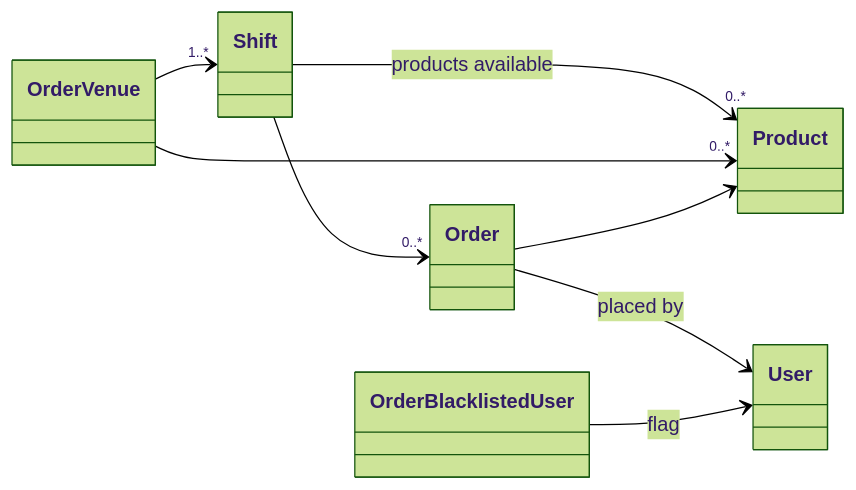
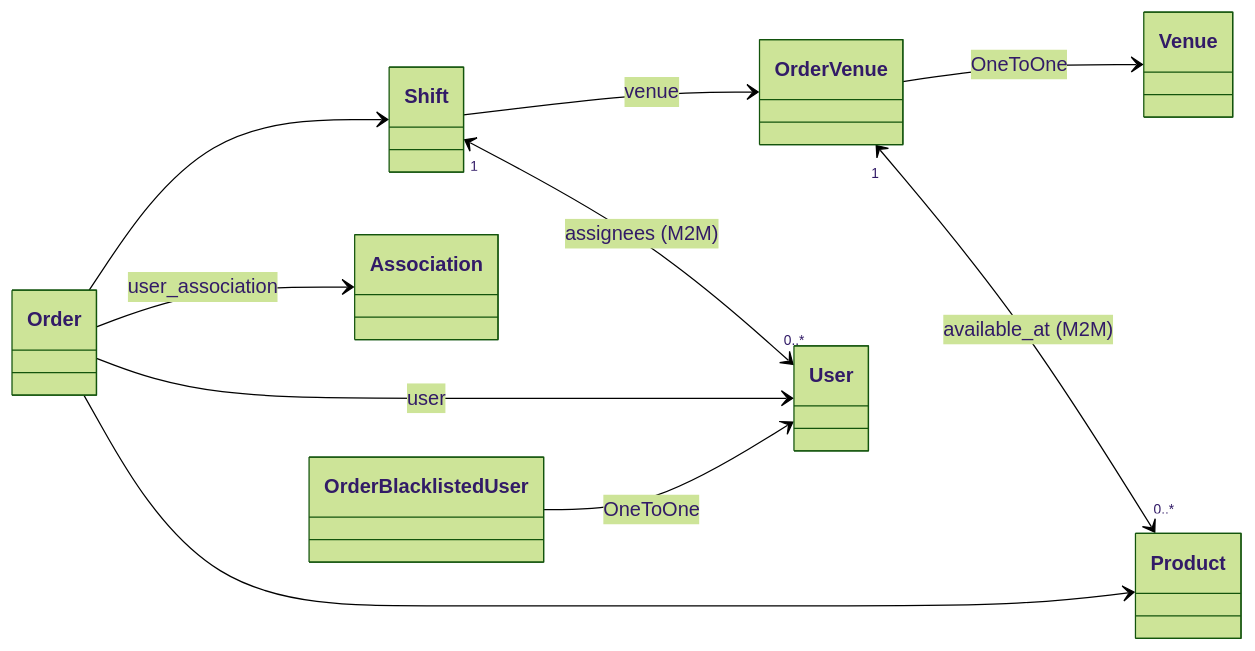
Before and after one commit to KiOui/TOSTI: the diagram in website/orders/README.md, drawn with Mermaid (forest theme). The commit also changed other lines of this file and 3 other files, not shown here.

````diff
--- a/website/orders/README.md
+++ b/website/orders/README.md
@@ -9,11 +9,13 @@
 ```mermaid
 classDiagram
     direction LR
-    OrderVenue --> "1..*" Shift
-    Shift --> "0..*" Order
-    Shift --> "0..*" Product : products available
-    OrderVenue --> "0..*" Product
+    OrderVenue --> Venue : OneToOne
+    OrderVenue "1" <--> "0..*" Product : available_at (M2M)
+    Shift --> OrderVenue : venue
+    Shift "1" <--> "0..*" User : assignees (M2M)
+    Order --> Shift
     Order --> Product
-    Order --> User : placed by
-    OrderBlacklistedUser --> User : flag
+    Order --> User : user
+    Order --> Association : user_association
+    OrderBlacklistedUser --> User : OneToOne
 ```
````
